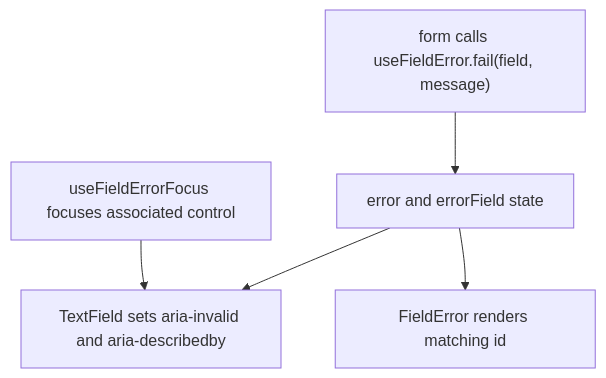
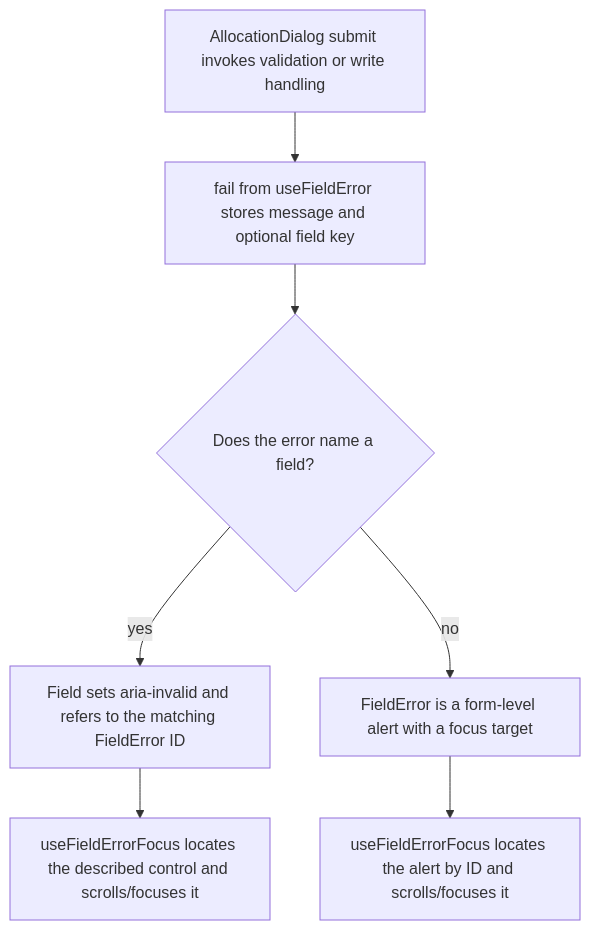
One commit to Kevinjohn/capacitylens changed the second of 2 diagrams in user-stories/accessibility/US-KBD-05-field-error-association.md. Above: the diagram before and after it, drawn with Mermaid. The commit also changed other lines of this file and 172 other files, not shown here.

Commit message:
docs: reconcile user story code flows with source

````diff
--- a/user-stories/accessibility/US-KBD-05-field-error-association.md
+++ b/user-stories/accessibility/US-KBD-05-field-error-association.md
@@ -36,7 +38,9 @@
 ```mermaid
 flowchart TD
-  form["form calls useFieldError.fail(field, message)"] --> state["error and errorField state"]
-  state --> field["TextField sets aria-invalid and aria-describedby"]
-  state --> message["FieldError renders matching id"]
-  focus["useFieldErrorFocus focuses associated control"] --> field
+  submit["AllocationDialog submit invokes validation or write handling"] --> fail["fail from useFieldError stores message and optional field key"]
+  fail --> kind{"Does the error name a field?"}
+  kind -->|yes| field["Field sets aria-invalid and refers to the matching FieldError ID"]
+  kind -->|no| alert["FieldError is a form-level alert with a focus target"]
+  field --> focus["useFieldErrorFocus locates the described control and scrolls/focuses it"]
+  alert --> focusAlert["useFieldErrorFocus locates the alert by ID and scrolls/focuses it"]
 ```
````
